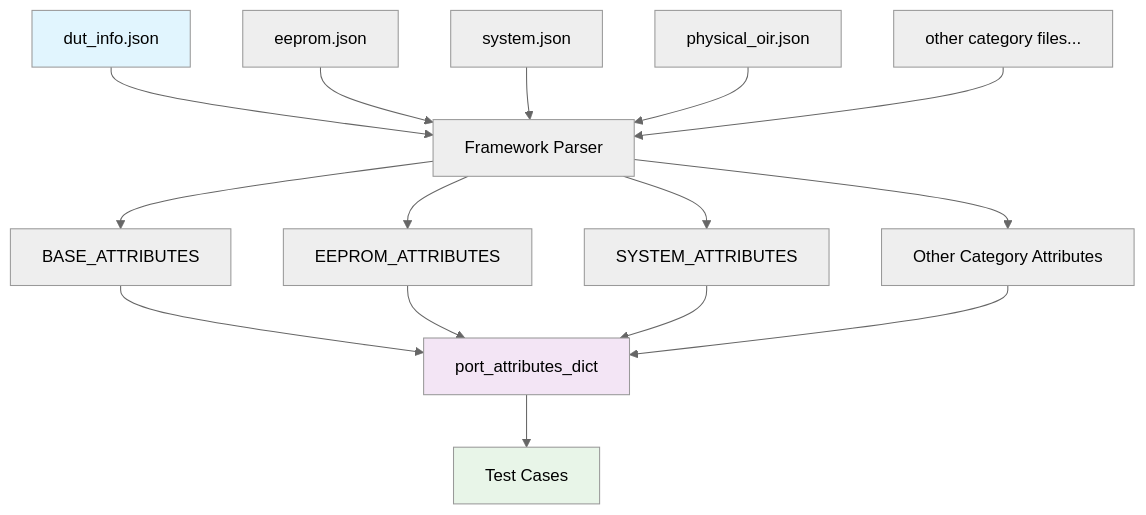
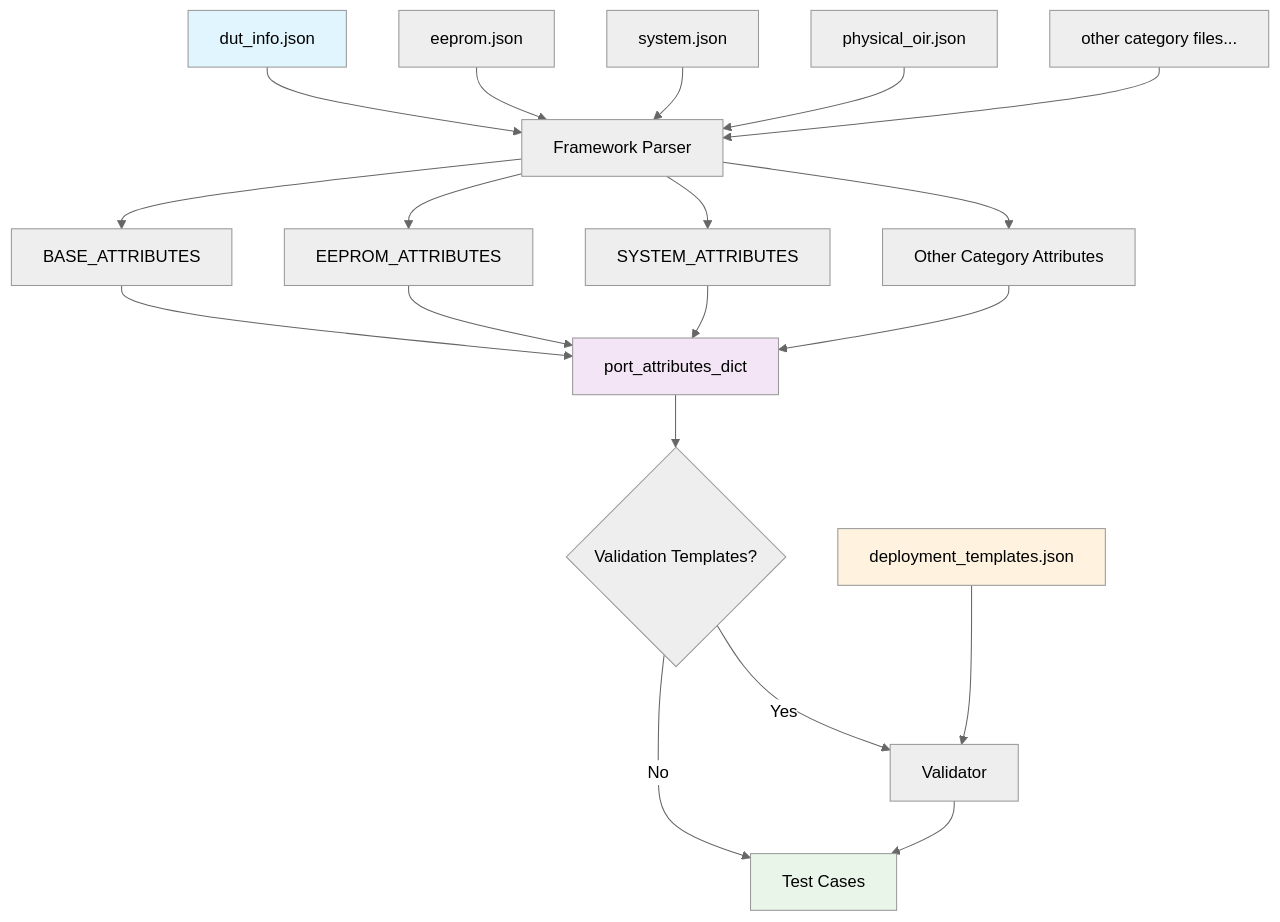
Before and after one commit to sonic-net/sonic-mgmt: the diagram in docs/testplan/transceiver/diagrams/file_organization.md, drawn with Mermaid (neutral theme). The commit also changed other lines of this file and 4 other files, not shown here.

````diff
--- a/docs/testplan/transceiver/diagrams/file_organization.md
+++ b/docs/testplan/transceiver/diagrams/file_organization.md
@@ -28,24 +31,29 @@
 ```mermaid
 graph TD
     A[dut_info.json] --> B[Framework Parser]
     C[eeprom.json] --> B
     D[system.json] --> B
     E[physical_oir.json] --> B
     F[other category files...] --> B
     
     B --> H[BASE_ATTRIBUTES]
     B --> I[EEPROM_ATTRIBUTES]
     B --> J[SYSTEM_ATTRIBUTES]
     B --> K[Other Category Attributes]
     
     H --> G[port_attributes_dict]
     I --> G
     J --> G
     K --> G
     
-    G --> L[Test Cases]
+    G --> M{Validation Templates?}
+    M -->|Yes| N[Validator]
+    M -->|No| L[Test Cases]
+    N --> L
+    O[deployment_templates.json] --> N
     
     style A fill:#e1f5fe
     style G fill:#f3e5f5
     style L fill:#e8f5e8
+    style O fill:#fff3e0
 ```
````
